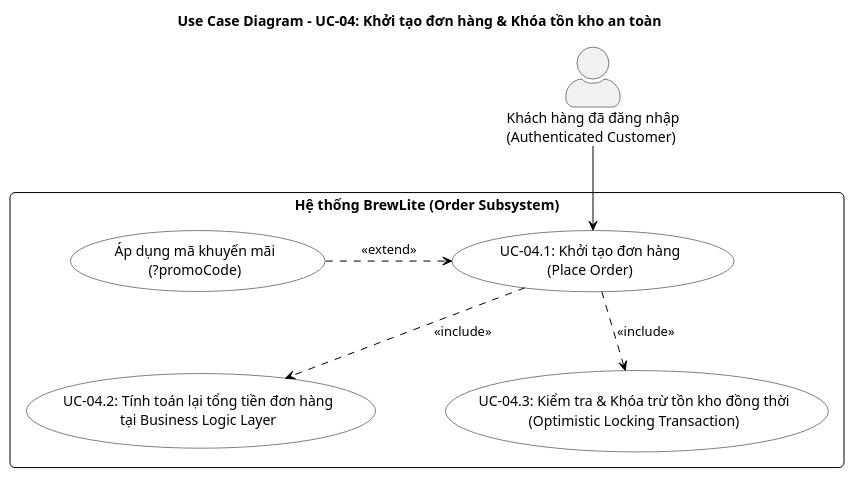
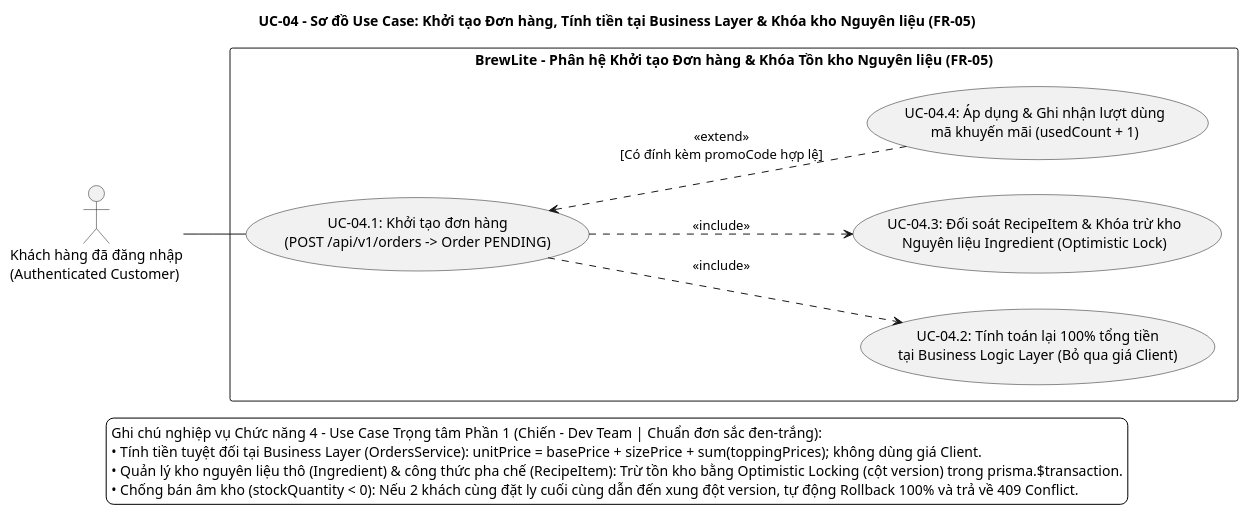
The diagram in docs/diagrams/uc-04-create-order.puml (SamuiSang/brewlite2), drawn with PlantUML before and after one commit. The commit also changed 13 other files, not shown here.

Commit message:
docs(task1.2-1.3): unify SRS & Use Case specs for all 6 modules and standardize monochrome SVG diagrams

```diff
--- a/docs/diagrams/uc-04-create-order.puml
+++ b/docs/diagrams/uc-04-create-order.puml
@@ -1,34 +1,32 @@
 @startuml uc-04-create-order
-title Use Case Diagram - UC-04: Khởi tạo đơn hàng & Khóa tồn kho an toàn
-skinparam actorStyle awesome
-skinparam packageStyle rectangle
-skinparam roundcorner 10
+title UC-04 - Sơ đồ Use Case: Khởi tạo Đơn hàng, Tính tiền tại Business Layer & Khóa kho Nguyên liệu (FR-05)
+
+left to right direction
 skinparam monochrome true
 skinparam shadowing false
-skinparam nodesep 70
-skinparam ranksep 60
-
-skinparam ArrowColor black
-skinparam actorBorderColor black
-skinparam usecaseBackgroundColor white
-skinparam usecaseBorderColor black
-skinparam rectangleBorderColor black
-skinparam rectangleBackgroundColor white
+skinparam backgroundColor white
+skinparam defaultFontName "Segoe UI", "Arial", sans-serif
+skinparam packageStyle rectangle
 
 actor "Khách hàng đã đăng nhập\n(Authenticated Customer)" as Customer
 
-rectangle "Hệ thống BrewLite (Order Subsystem)" {
-    usecase "UC-04.1: Khởi tạo đơn hàng\n(Place Order)" as UC_PlaceOrder
-    usecase "UC-04.2: Tính toán lại tổng tiền đơn hàng\ntại Business Logic Layer" as UC_RecalculatePrice
-    usecase "UC-04.3: Kiểm tra & Khóa trừ tồn kho đồng thời\n(Optimistic Locking Transaction)" as UC_LockInventory
-    usecase "Áp dụng mã khuyến mãi\n(?promoCode)" as UC_Promotion
+rectangle "BrewLite - Phân hệ Khởi tạo Đơn hàng & Khóa Tồn kho Nguyên liệu (FR-05)" {
+    usecase "UC-04.1: Khởi tạo đơn hàng\n(POST /api/v1/orders -> Order PENDING)" as UC_PlaceOrder
+    usecase "UC-04.2: Tính toán lại 100% tổng tiền\ntại Business Logic Layer (Bỏ qua giá Client)" as UC_RecalculatePrice
+    usecase "UC-04.3: Đối soát RecipeItem & Khóa trừ kho\nNguyên liệu Ingredient (Optimistic Lock)" as UC_LockInventory
+    usecase "UC-04.4: Áp dụng & Ghi nhận lượt dùng\nmã khuyến mãi (usedCount + 1)" as UC_Promotion
 }
 
-Customer --> UC_PlaceOrder
+Customer -- UC_PlaceOrder
 
 UC_PlaceOrder ..> UC_RecalculatePrice : <<include>>
 UC_PlaceOrder ..> UC_LockInventory : <<include>>
+UC_Promotion .up.> UC_PlaceOrder : <<extend>>\n[Có đính kèm promoCode hợp lệ]
 
-UC_Promotion .> UC_PlaceOrder : <<extend>>
-
+legend bottom
+  Ghi chú nghiệp vụ Chức năng 4 - Use Case Trọng tâm Phần 1 (Chiến - Dev Team | Chuẩn đơn sắc đen-trắng):
+  • Tính tiền tuyệt đối tại Business Layer (OrdersService): unitPrice = basePrice + sizePrice + sum(toppingPrices); không dùng giá Client.
+  • Quản lý kho nguyên liệu thô (Ingredient) & công thức pha chế (RecipeItem): Trừ tồn kho bằng Optimistic Locking (cột version) trong prisma.$transaction.
+  • Chống bán âm kho (stockQuantity < 0): Nếu 2 khách cùng đặt ly cuối cùng dẫn đến xung đột version, tự động Rollback 100% và trả về 409 Conflict.
+endlegend
 @enduml
```
